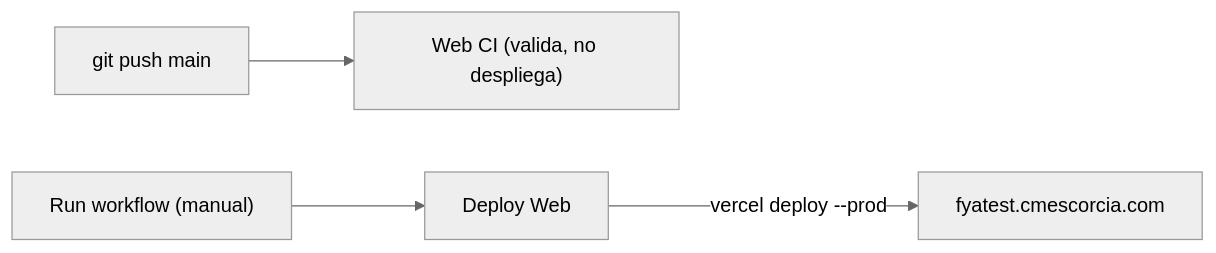
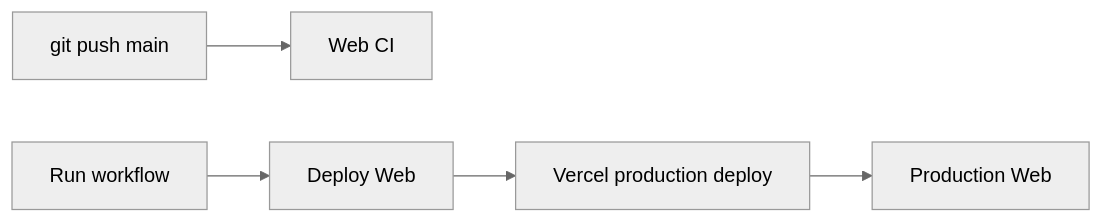
The third of 3 diagrams in README.md (CarlosPolo019/credit-web), drawn with Mermaid (neutral theme) before and after one commit. The commit also changed other lines of this file, not shown here.

Commit message:
docs: simplify mermaid diagrams

````diff
--- a/README.md
+++ b/README.md
@@ -176,6 +176,7 @@
 ```mermaid
 flowchart LR
-  dev["git push main"] --> ci["Web CI (valida, no despliega)"]
-  operator["Run workflow (manual)"] --> deploy["Deploy Web"]
-  deploy -->|vercel deploy --prod| prod["fyatest.cmescorcia.com"]
+  PUSH[git push main] --> CI[Web CI]
+  RUN[Run workflow] --> DEPLOY[Deploy Web]
+  DEPLOY --> VERCEL[Vercel production deploy]
+  VERCEL --> PROD[Production Web]
 ```
````
